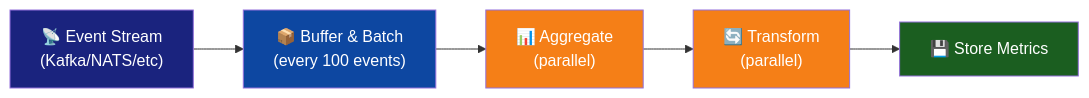
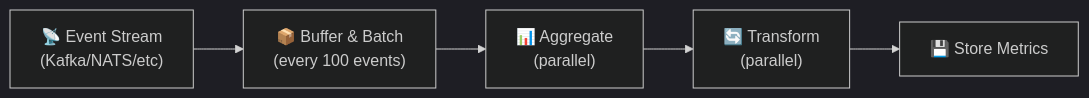
The ninth of 13 diagrams in README.md (Singularity-ng/singularity-workflows), drawn with Mermaid before and after one commit. The commit also changed other lines of this file, not shown here.

First line of the commit message:
Use Mermaid's built-in dark theme for all diagrams

````diff
--- a/README.md
+++ b/README.md
@@ -262,19 +208,14 @@
 ```mermaid
+%%{init: {'theme':'dark'}}%%
 graph LR
     A["📡 Event Stream<br/>(Kafka/NATS/etc)"]
     B["📦 Buffer & Batch<br/>(every 100 events)"]
     C["📊 Aggregate<br/>(parallel)"]
     D["🔄 Transform<br/>(parallel)"]
     E["💾 Store Metrics"]
 
     A --> B
     B --> C
     C --> D
     D --> E
-
-    style A fill:#1a237e,color:#fff
-    style B fill:#0d47a1,color:#fff
-    style C fill:#f57f17,color:#fff
-    style D fill:#f57f17,color:#fff
-    style E fill:#1b5e20,color:#fff
 ```
````
